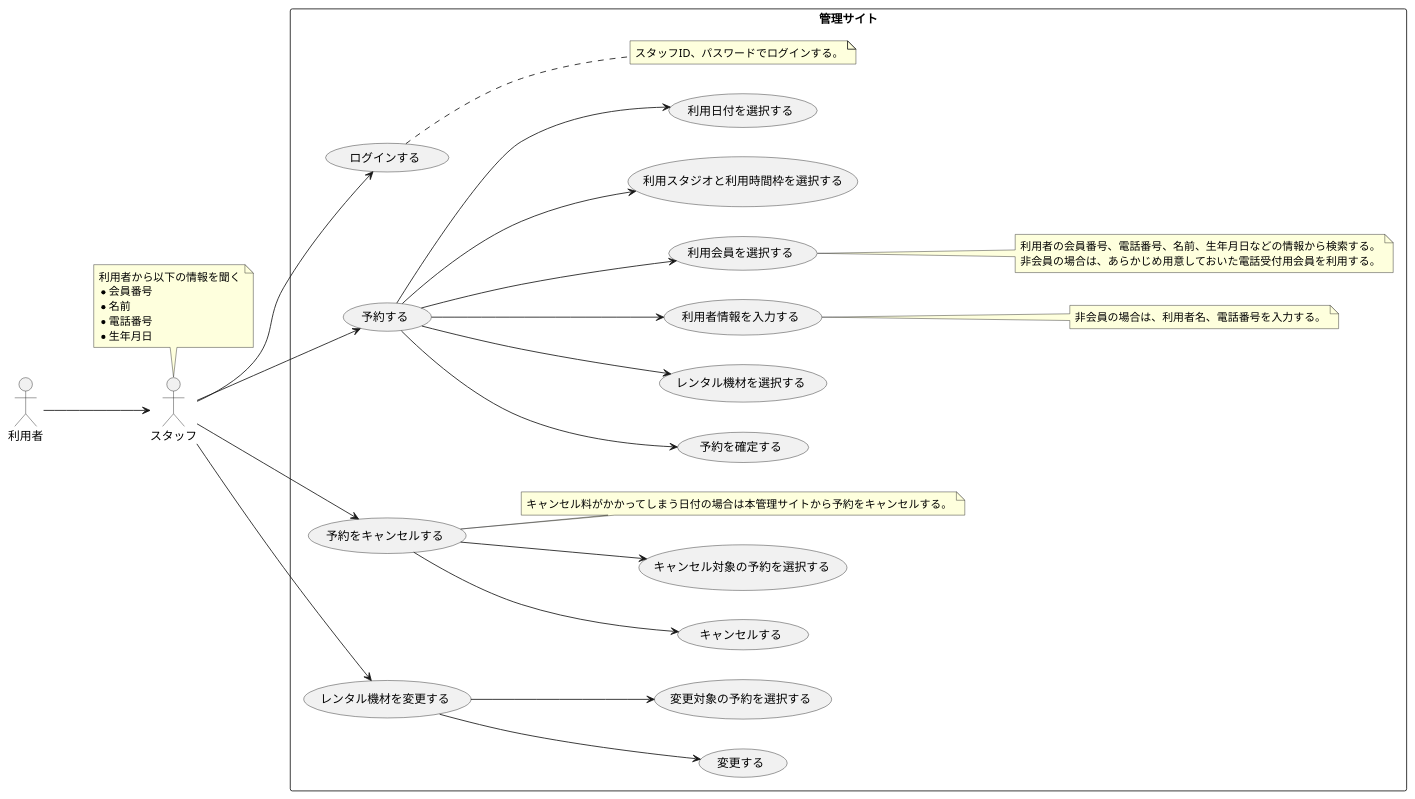
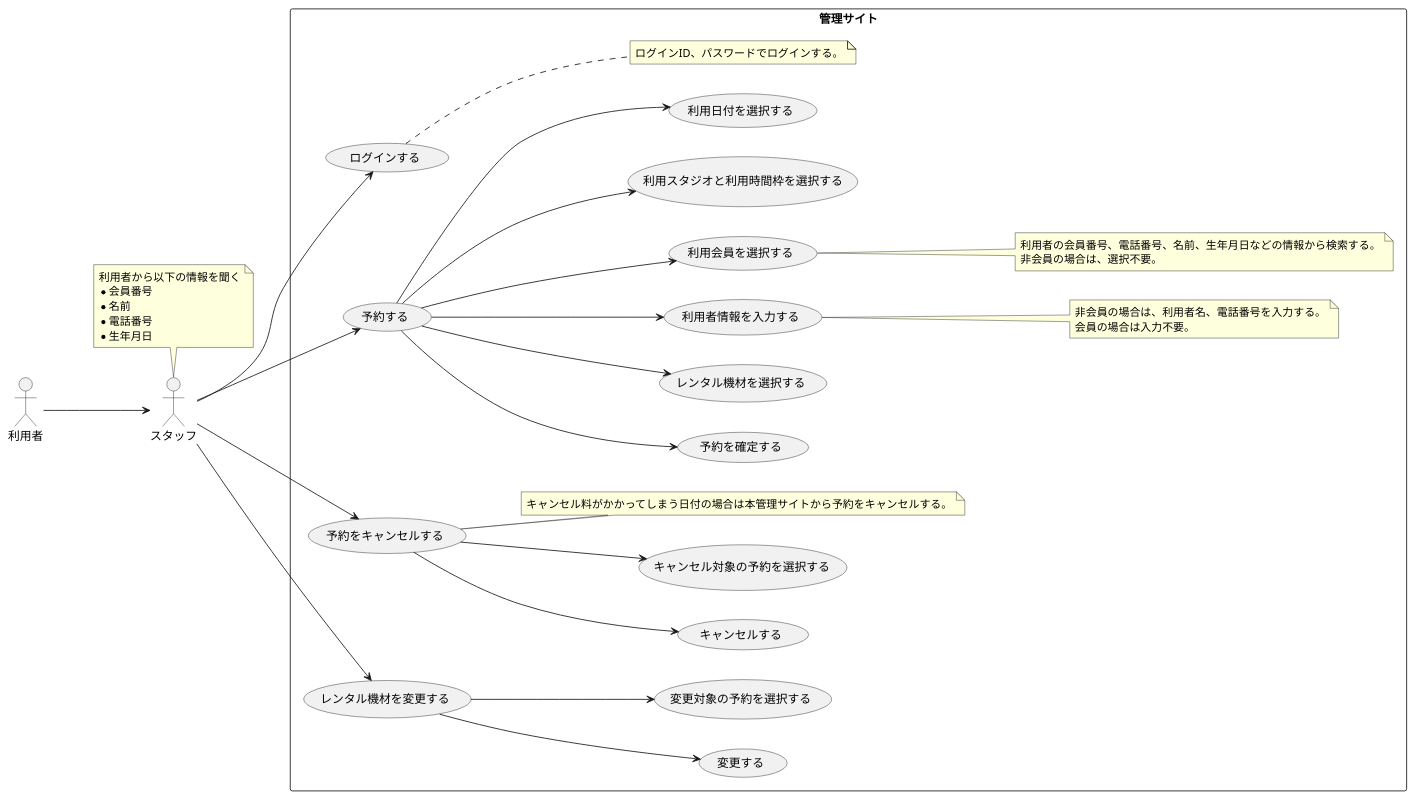
One commit to TakashiOnawa/ddd-practice-studio-reservation changed the diagram in modeling/05_Usecase_電話予約.pu. Above: the diagram before and after it, drawn with PlantUML. The commit also changed 6 other files, not shown here.

```diff
--- a/modeling/05_Usecase_電話予約.pu
+++ b/modeling/05_Usecase_電話予約.pu
@@ -1,54 +1,55 @@
 @startuml Usecase
 
 left to right direction
 
 actor 利用者
 actor スタッフ
 
 利用者 --> スタッフ
 
 note top of スタッフ
 利用者から以下の情報を聞く
 * 会員番号
 * 名前
 * 電話番号
 * 生年月日
 end note
 
 rectangle 管理サイト {
     スタッフ --> (ログインする)
     スタッフ --> (予約する)
     (予約する) --> (予約を確定する)
     (予約する) --> (レンタル機材を選択する)
     (予約する) --> (利用者情報を入力する)
     (予約する) --> (利用会員を選択する)
     (予約する) --> (利用スタジオと利用時間枠を選択する)
     (予約する) --> (利用日付を選択する)
 
     note right of (ログインする)
-    スタッフID、パスワードでログインする。
+    ログインID、パスワードでログインする。
     end note
 
     note right of (利用会員を選択する)
     利用者の会員番号、電話番号、名前、生年月日などの情報から検索する。
-    非会員の場合は、あらかじめ用意しておいた電話受付用会員を利用する。
+    非会員の場合は、選択不要。
     end note
 
     note right of (利用者情報を入力する)
     非会員の場合は、利用者名、電話番号を入力する。
+    会員の場合は入力不要。
     end note
 
     スタッフ --> (予約をキャンセルする)
     (予約をキャンセルする) --> (キャンセルする)
     (予約をキャンセルする) --> (キャンセル対象の予約を選択する)
 
     note right of (予約をキャンセルする)
     キャンセル料がかかってしまう日付の場合は本管理サイトから予約をキャンセルする。
     end note
 
     スタッフ --> (レンタル機材を変更する)
     (レンタル機材を変更する) --> (変更する)
     (レンタル機材を変更する) --> (変更対象の予約を選択する)
 }
 
 @enduml
```
